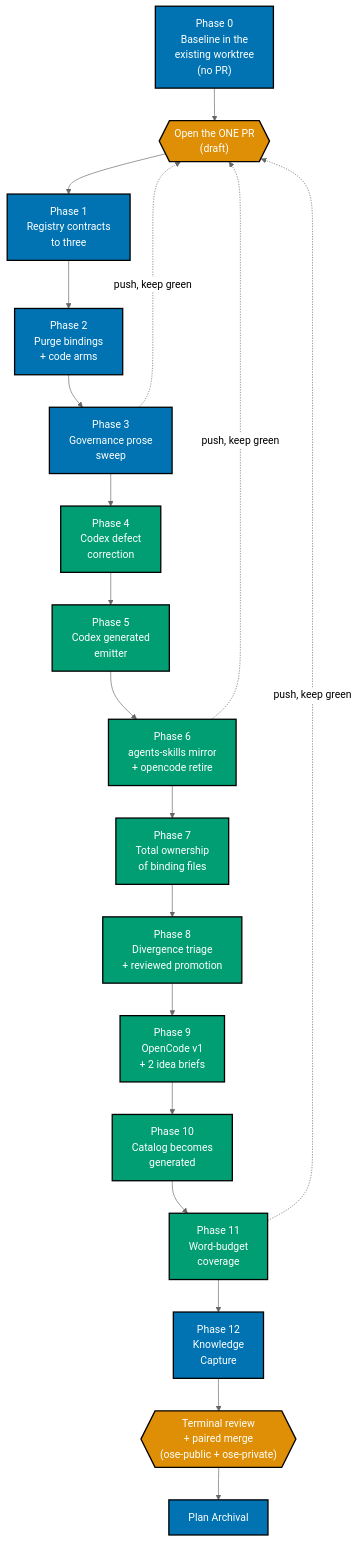
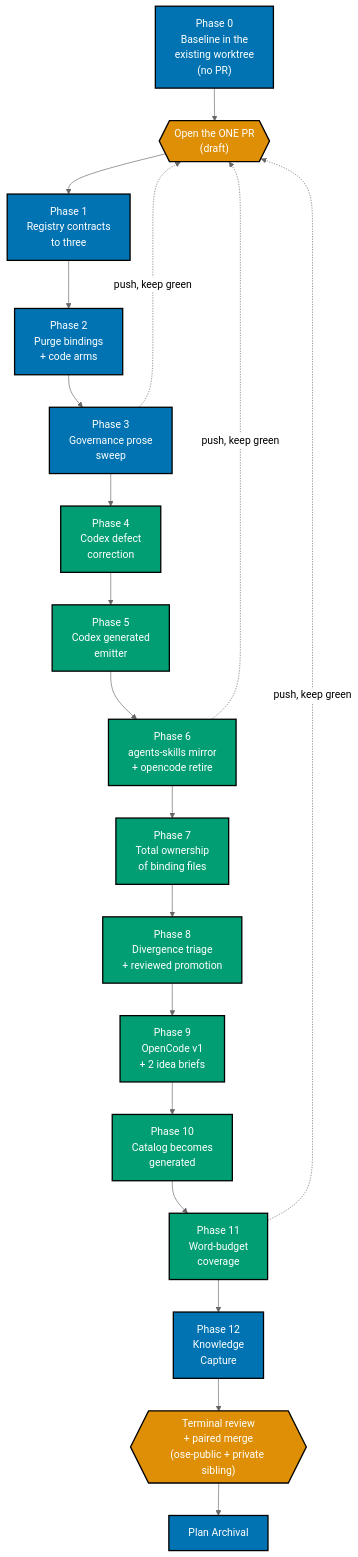
Before and after one commit to wahidyankf/ose-public: the diagram in plans/done/2026-08-20__update-harness-support/README.md, drawn with Mermaid (neutral theme). The commit also changed other lines of this file and 325 other files, not shown here.

First line of the commit message:
docs(repo): name the private sibling by role, not by repository

````diff
--- a/plans/done/2026-08-20__update-harness-support/README.md
+++ b/plans/done/2026-08-20__update-harness-support/README.md
@@ -104,31 +104,31 @@
 ```mermaid
 flowchart TD
     P0["Phase 0<br/>Baseline in the<br/>existing worktree<br/>(no PR)"] --> PR{{"Open the ONE PR<br/>(draft)"}}
     PR --> P1["Phase 1<br/>Registry contracts<br/>to three"]
     P1 --> P2["Phase 2<br/>Purge bindings<br/>+ code arms"]
     P2 --> P3["Phase 3<br/>Governance prose<br/>sweep"]
     P3 --> P4["Phase 4<br/>Codex defect<br/>correction"]
     P4 --> P5["Phase 5<br/>Codex generated<br/>emitter"]
     P5 --> P6["Phase 6<br/>agents-skills mirror<br/>+ opencode retire"]
     P6 --> P7["Phase 7<br/>Total ownership<br/>of binding files"]
     P7 --> P8["Phase 8<br/>Divergence triage<br/>+ reviewed promotion"]
     P8 --> P9["Phase 9<br/>OpenCode v1<br/>+ 2 idea briefs"]
     P9 --> P10["Phase 10<br/>Catalog becomes<br/>generated"]
     P10 --> P11["Phase 11<br/>Word-budget<br/>coverage"]
     P11 --> P12["Phase 12<br/>Knowledge<br/>Capture"]
-    P12 --> MERGE{{"Terminal review<br/>+ paired merge<br/>(ose-public + ose-private)"}}
+    P12 --> MERGE{{"Terminal review<br/>+ paired merge<br/>(ose-public + private sibling)"}}
     MERGE --> ARCH["Plan Archival"]
 
     P3 -.->|"push, keep green"| PR
     P6 -.->|"push, keep green"| PR
     P11 -.->|"push, keep green"| PR
 
     classDef blue fill:#0173B2,stroke:#000000,color:#FFFFFF,stroke-width:2px
     classDef orange fill:#DE8F05,stroke:#000000,color:#FFFFFF,stroke-width:2px
     classDef teal fill:#029E73,stroke:#000000,color:#FFFFFF,stroke-width:2px
 
     class P0,P1,P2,P3 blue
     class P4,P5,P6,P7,P8,P9,P10,P11 teal
     class PR,MERGE orange
     class P12,ARCH blue
 ```
````
